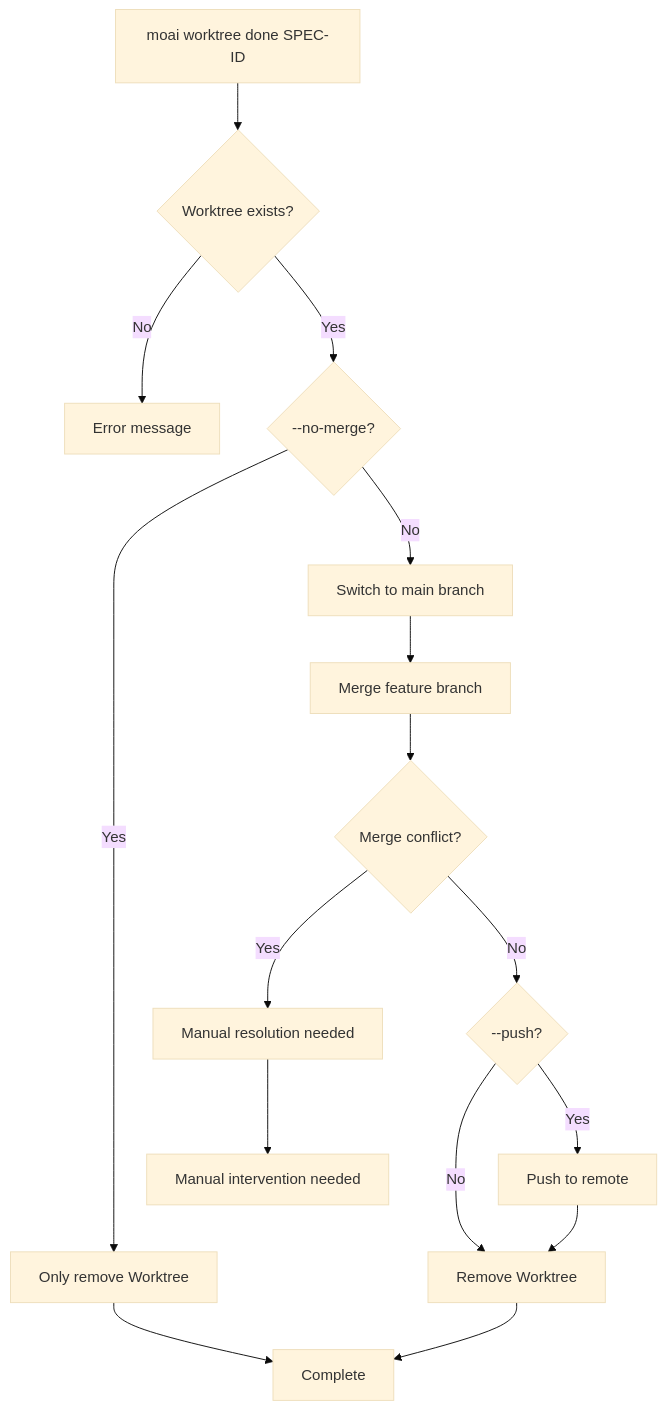
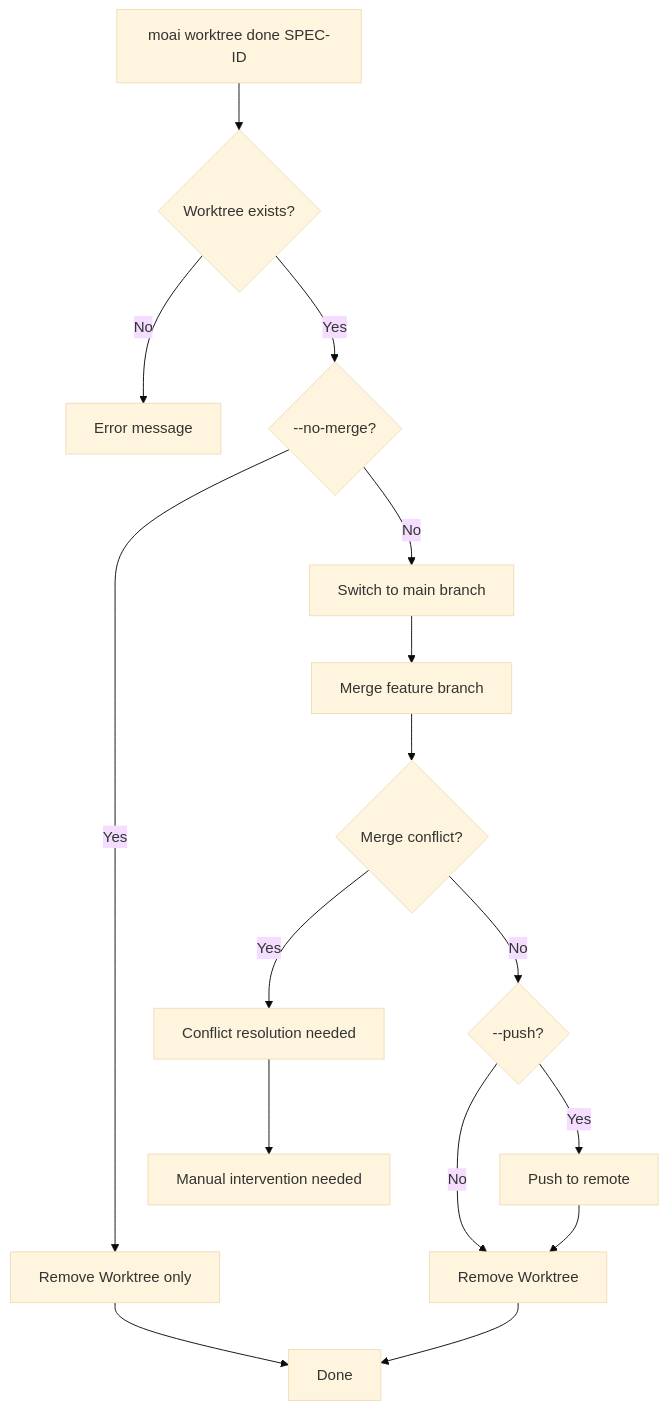
The fourth of 10 diagrams in docs-site/content/en/worktree/guide.md (modu-ai/moai-adk), drawn with Mermaid (base theme) before and after one commit. The commit also changed other lines of this file and 395 other files, not shown here.

````diff
--- a/docs-site/content/en/worktree/guide.md
+++ b/docs-site/content/en/worktree/guide.md
@@ -221,18 +230,18 @@
 ```mermaid
 flowchart TD
     A[moai worktree done SPEC-ID] --> B{Worktree exists?}
     B -->|No| C[Error message]
     B -->|Yes| D{--no-merge?}
-    D -->|Yes| E[Only remove Worktree]
+    D -->|Yes| E[Remove Worktree only]
     D -->|No| F[Switch to main branch]
     F --> G[Merge feature branch]
     G --> H{Merge conflict?}
-    H -->|Yes| I[Manual resolution needed]
+    H -->|Yes| I[Conflict resolution needed]
     H -->|No| J{--push?}
     J -->|Yes| K[Push to remote]
     J -->|No| L[Remove Worktree]
     K --> L
-    E --> M[Complete]
+    E --> M[Done]
     L --> M
     I --> N[Manual intervention needed]
 ```
````
